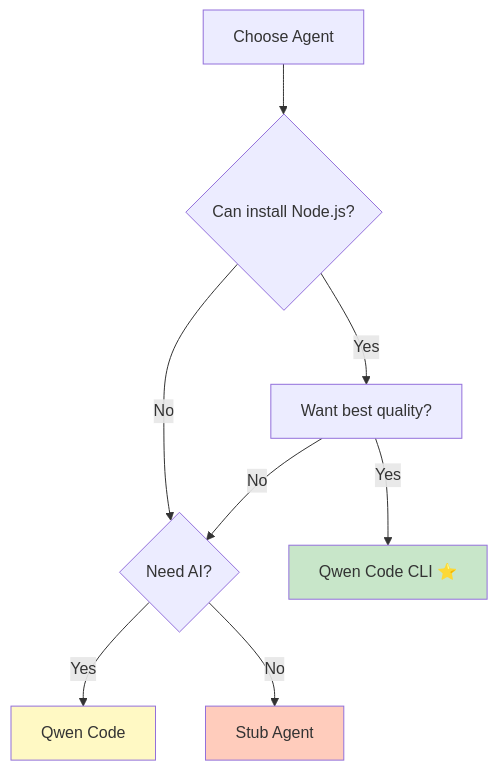
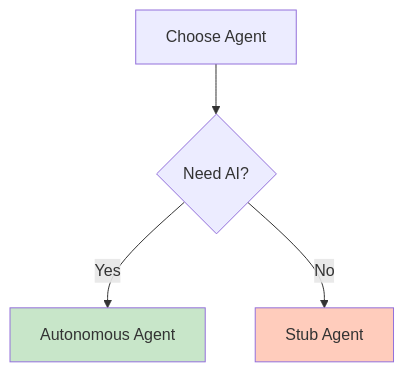
Before and after one commit to ArtyomZemlyak/tg-note: the second of 2 diagrams in docs_site/agents/overview.md, drawn with Mermaid. The commit also changed other lines of this file and 15 other files, not shown here.

First line of the commit message:
Refactor: Remove Qwen Code CLI agent and related code

````diff
--- a/docs_site/agents/overview.md
+++ b/docs_site/agents/overview.md
@@ -177,16 +140,10 @@
 ```mermaid
 graph TD
-    A[Choose Agent] --> B{Can install Node.js?}
-    B -->|Yes| C[Want best quality?]
-    B -->|No| D{Need AI?}
+    A[Choose Agent] --> B{Need AI?}
     
-    C -->|Yes| E[Qwen Code CLI ⭐]
-    C -->|No| D
+    B -->|Yes| C[Autonomous Agent]
+    B -->|No| D[Stub Agent]
     
-    D -->|Yes| F[Qwen Code]
-    D -->|No| G[Stub Agent]
-    
-    style E fill:#c8e6c9
-    style F fill:#fff9c4
-    style G fill:#ffccbc
+    style C fill:#c8e6c9
+    style D fill:#ffccbc
 ```
````
